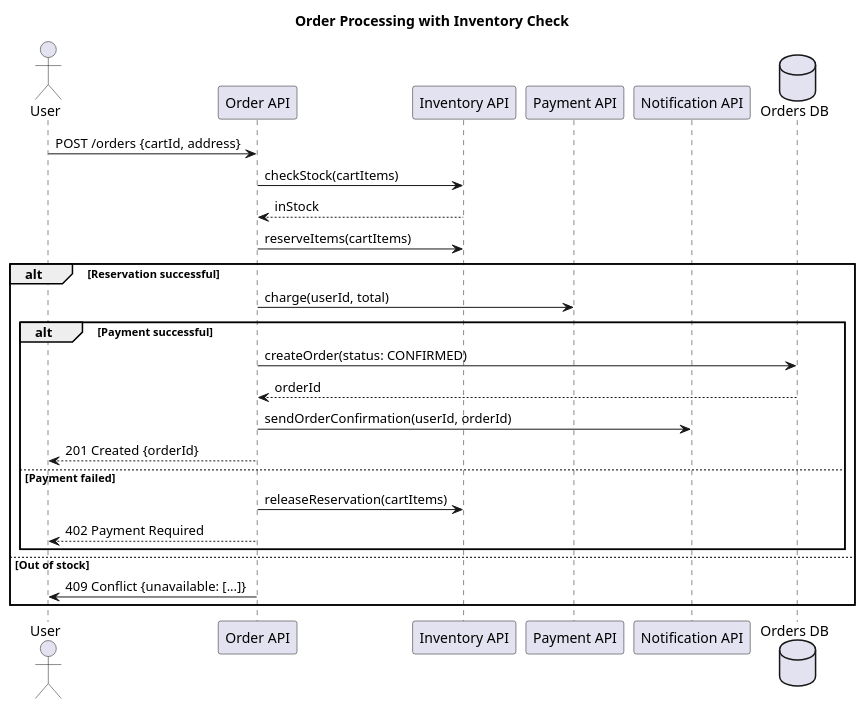
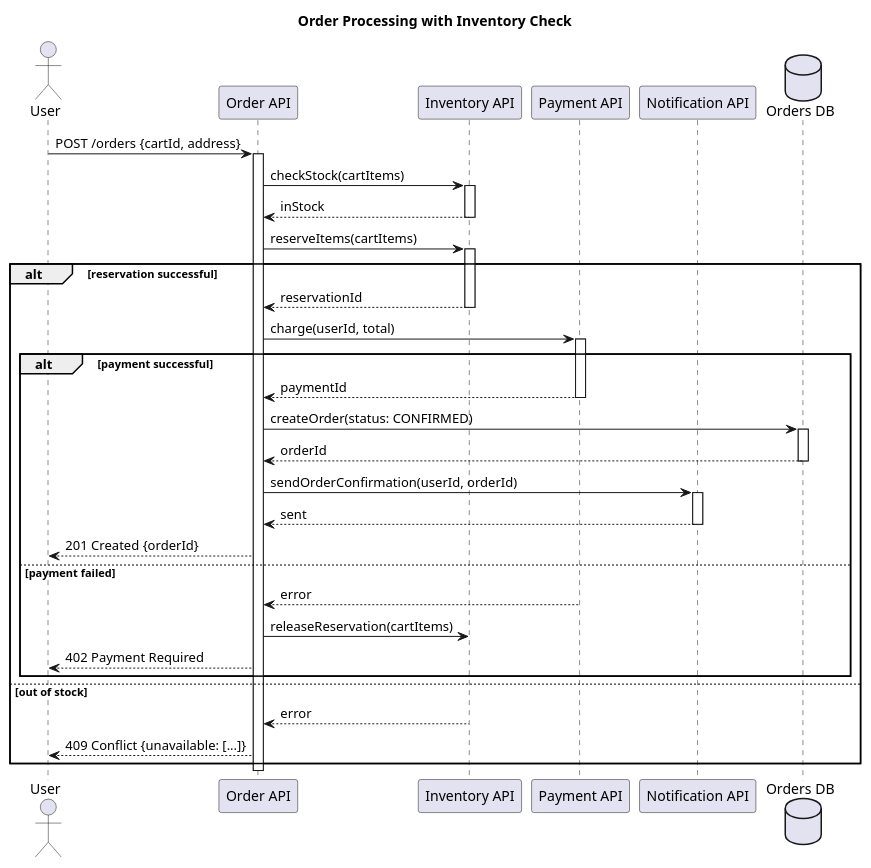
One commit to nochoco-lee/posit changed the diagram in test_scripts/gallery/plantuml_sequence/advanced_07.puml. Above: the diagram before and after it, drawn with PlantUML. The commit also changed 39 other files, not shown here.

First line of the commit message:
feat: rewrite all advanced diagrams with commonly-used features

```diff
--- a/test_scripts/gallery/plantuml_sequence/advanced_07.puml
+++ b/test_scripts/gallery/plantuml_sequence/advanced_07.puml
@@ -1,30 +1,56 @@
 @startuml
 title Order Processing with Inventory Check
 
 actor       User        as user
 participant "Order API"  as order
 participant "Inventory API" as inv
 participant "Payment API" as pay
 participant "Notification API" as notif
 database    "Orders DB"  as db
 
 user -> order : POST /orders {cartId, address}
-order -> inv : checkStock(cartItems)
-inv --> order : inStock
+activate order
 
-order -> inv : reserveItems(cartItems)
-alt Reservation successful
+  order -> inv : checkStock(cartItems)
+  activate inv
+  inv --> order : inStock
+  deactivate inv
+
+  order -> inv : reserveItems(cartItems)
+  activate inv
+  alt reservation successful
+    inv --> order : reservationId
+    deactivate inv
+
     order -> pay : charge(userId, total)
-    alt Payment successful
-        order -> db : createOrder(status: CONFIRMED)
-        db --> order : orderId
-        order -> notif : sendOrderConfirmation(userId, orderId)
-        order --> user : 201 Created {orderId}
-    else Payment failed
-        order -> inv : releaseReservation(cartItems)
-        order --> user : 402 Payment Required
+    activate pay
+    alt payment successful
+      pay --> order : paymentId
+      deactivate pay
+
+      order -> db : createOrder(status: CONFIRMED)
+      activate db
+      db --> order : orderId
+      deactivate db
+
+      order -> notif : sendOrderConfirmation(userId, orderId)
+      activate notif
+      notif --> order : sent
+      deactivate notif
+
+      order --> user : 201 Created {orderId}
+    else payment failed
+      pay --> order : error
+      deactivate pay
+
+      order -> inv : releaseReservation(cartItems)
+      order --> user : 402 Payment Required
     end
-else Out of stock
-    order -> user : 409 Conflict {unavailable: [...]}
-end
+  else out of stock
+    inv --> order : error
+    deactivate inv
+
+    order --> user : 409 Conflict {unavailable: [...]}
+  end
+deactivate order
 @enduml
```
